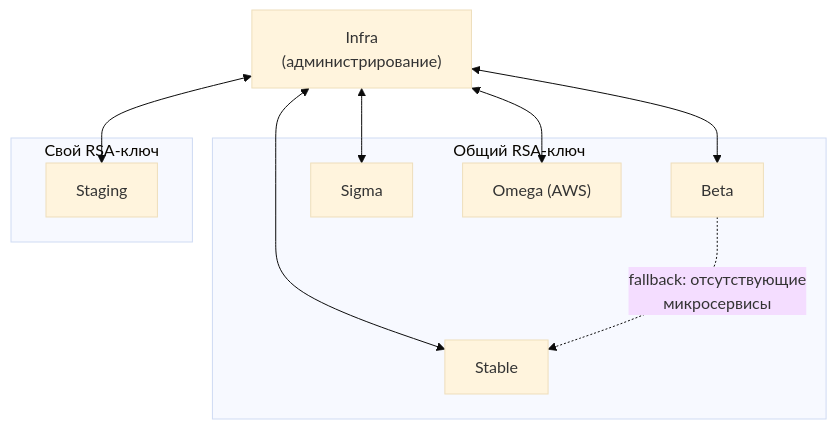
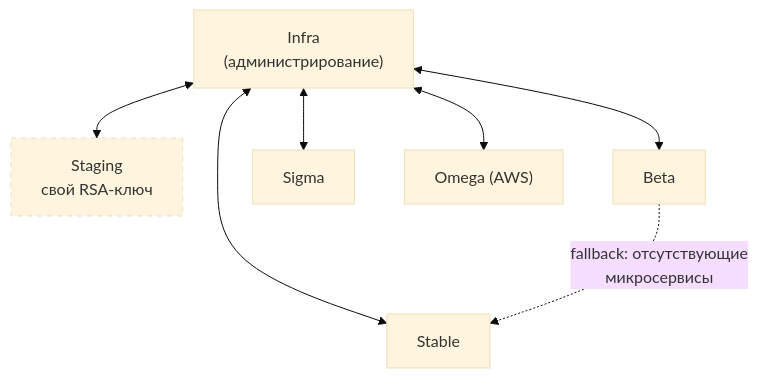
Before and after one commit to nikitakaralius/bachelor-diploma: the first of 2 diagrams in workspace/ch1/001_current_mindbox_auth.md, drawn with Mermaid (base theme).

````diff
--- a/workspace/ch1/001_current_mindbox_auth.md
+++ b/workspace/ch1/001_current_mindbox_auth.md
@@ -57,23 +57,19 @@
 ```mermaid
 graph TD
     infra["Infra<br/>(администрирование)"]
-
-    subgraph "Общий RSA-ключ"
-        beta["Beta"]
-        stable["Stable"]
-        sigma["Sigma"]
-        omega["Omega (AWS)"]
-    end
-
-    subgraph "Свой RSA-ключ"
-        staging["Staging"]
-    end
+    staging["Staging<br/> свой RSA-ключ"]
+    beta["Beta"]
+    stable["Stable"]
+    sigma["Sigma"]
+    omega["Omega (AWS)"]
 
     infra <--> staging
     infra <--> beta
     infra <--> stable
     infra <--> sigma
     infra <--> omega
 
     beta -.->|fallback: отсутствующие<br/>микросервисы| stable
+
+    style staging stroke-dasharray: 5 5
 ```
````
